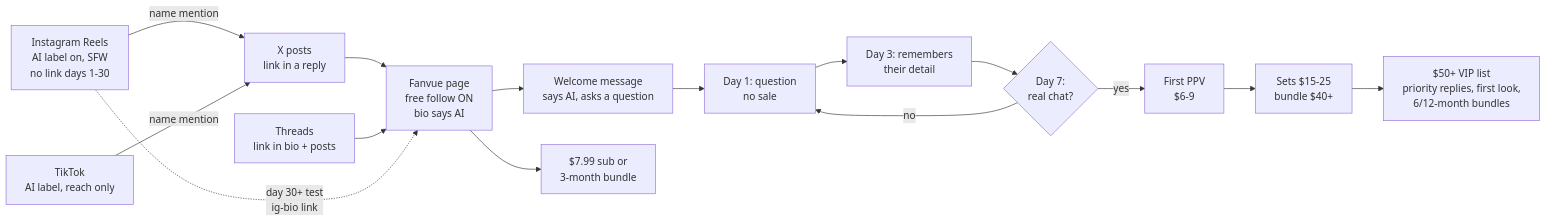
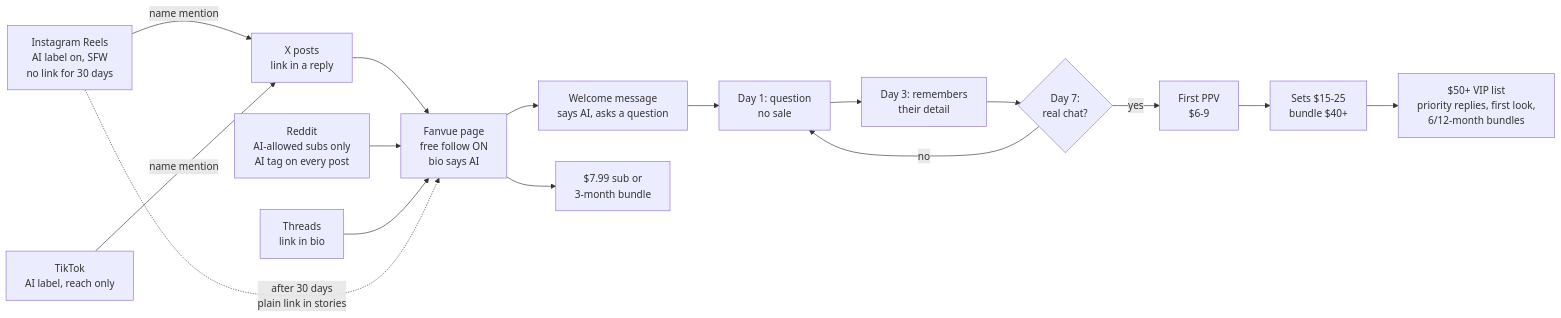
One commit to Bernigglywiggly/Bernard changed the diagram in ofm/PLAYBOOK.md. Above: the diagram before and after it, drawn with Mermaid. The commit also changed other lines of this file and 2 other files, not shown here.

````diff
--- a/ofm/PLAYBOOK.md
+++ b/ofm/PLAYBOOK.md
@@ -32,17 +55,18 @@
 ```mermaid
 flowchart LR
-    IG["Instagram Reels<br/>AI label on, SFW<br/>no link days 1-30"] -->|"name mention"| X
+    IG["Instagram Reels<br/>AI label on, SFW<br/>no link for 30 days"] -->|"name mention"| X
     TT["TikTok<br/>AI label, reach only"] -->|"name mention"| X
     X["X posts<br/>link in a reply"] --> FV
-    TH["Threads<br/>link in bio + posts"] --> FV
-    IG -.->|"day 30+ test<br/>ig-bio link"| FV
+    RD["Reddit<br/>AI-allowed subs only<br/>AI tag on every post"] --> FV
+    TH["Threads<br/>link in bio"] --> FV
+    IG -.->|"after 30 days<br/>plain link in stories"| FV
     FV["Fanvue page<br/>free follow ON<br/>bio says AI"] --> W["Welcome message<br/>says AI, asks a question"]
     W --> D1["Day 1: question<br/>no sale"]
     D1 --> D3["Day 3: remembers<br/>their detail"]
     D3 --> D7{"Day 7:<br/>real chat?"}
     D7 -->|"yes"| P1["First PPV<br/>$6-9"]
     D7 -->|"no"| D1
     P1 --> P2["Sets $15-25<br/>bundle $40+"]
     P2 --> V["$50+ VIP list<br/>priority replies, first look,<br/>6/12-month bundles"]
     FV --> S["$7.99 sub or<br/>3-month bundle"]
 ```
````
